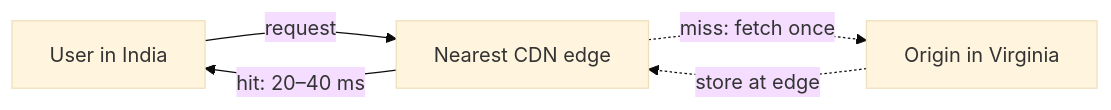
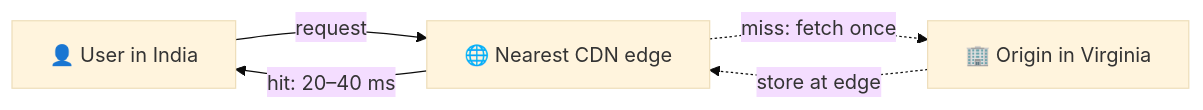
Before and after one commit to visheshkodwani/HLD: the second of 13 diagrams in hello-interview/core-concepts/caching.md, drawn with Mermaid (base theme). The commit also changed other lines of this file and 7 other files, not shown here.

First line of the commit message:
Give HLD its own Ember theme, richer diagrams, sidebar sections

````diff
--- a/hello-interview/core-concepts/caching.md
+++ b/hello-interview/core-concepts/caching.md
@@ -118,7 +118,7 @@
 ```mermaid
 flowchart LR
-    U["User in India"] -->|"request"| E["Nearest CDN edge"]
+    U["👤 User in India"] -->|"request"| E["🌐 Nearest CDN edge"]
     E -->|"hit: 20–40 ms"| U
-    E -.->|"miss: fetch once"| O["Origin in Virginia"]
+    E -.->|"miss: fetch once"| O["🏢 Origin in Virginia"]
     O -.->|"store at edge"| E
 ```
````
